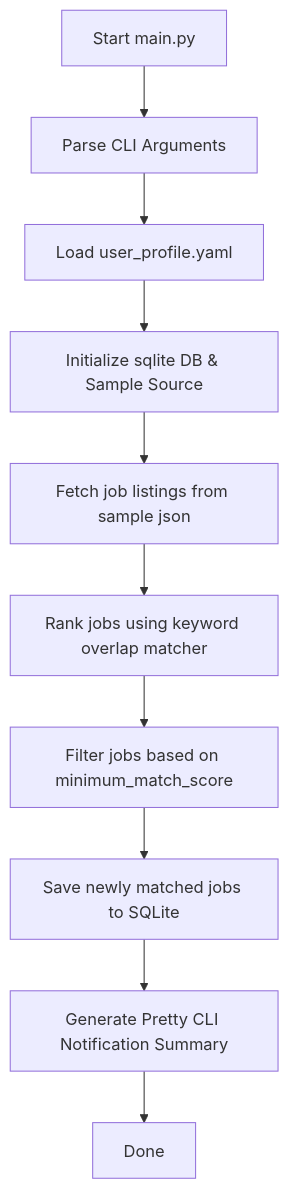
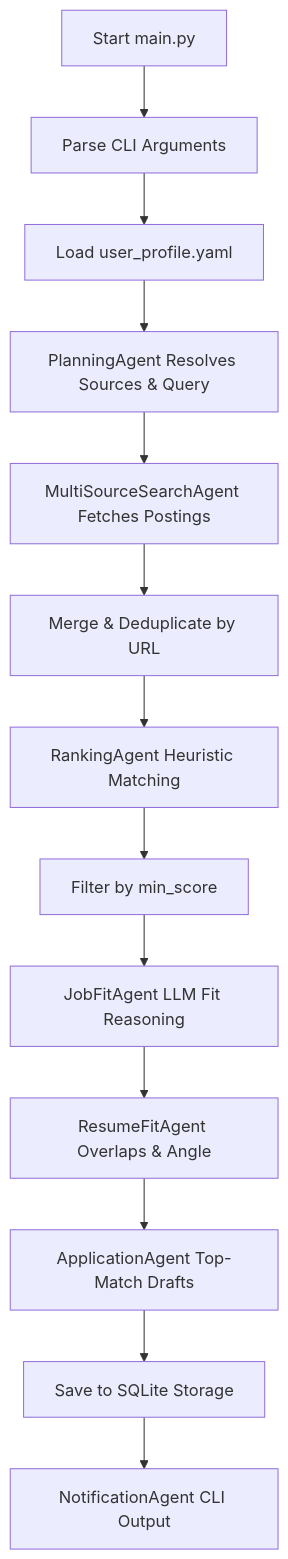
Before and after one commit to sara-jahromi/ai-job-scout-agent: the diagram in README.md, drawn with Mermaid. The commit also changed other lines of this file, not shown here.

````diff
--- a/README.md
+++ b/README.md
@@ -32,12 +42,15 @@
 ```mermaid
 graph TD
     A[Start main.py] --> B[Parse CLI Arguments]
     B --> C[Load user_profile.yaml]
-    C --> D[Initialize sqlite DB & Sample Source]
-    D --> E[Fetch job listings from sample json]
-    E --> F[Rank jobs using keyword overlap matcher]
-    F --> G[Filter jobs based on minimum_match_score]
-    G --> H[Save newly matched jobs to SQLite]
-    H --> I[Generate Pretty CLI Notification Summary]
-    I --> J[Done]
+    C --> D[PlanningAgent Resolves Sources & Query]
+    D --> E[MultiSourceSearchAgent Fetches Postings]
+    E --> F[Merge & Deduplicate by URL]
+    F --> G[RankingAgent Heuristic Matching]
+    G --> H[Filter by min_score]
+    H --> I[JobFitAgent LLM Fit Reasoning]
+    I --> J[ResumeFitAgent Overlaps & Angle]
+    J --> K[ApplicationAgent Top-Match Drafts]
+    K --> L[Save to SQLite Storage]
+    L --> M[NotificationAgent CLI Output]
 ```
````
